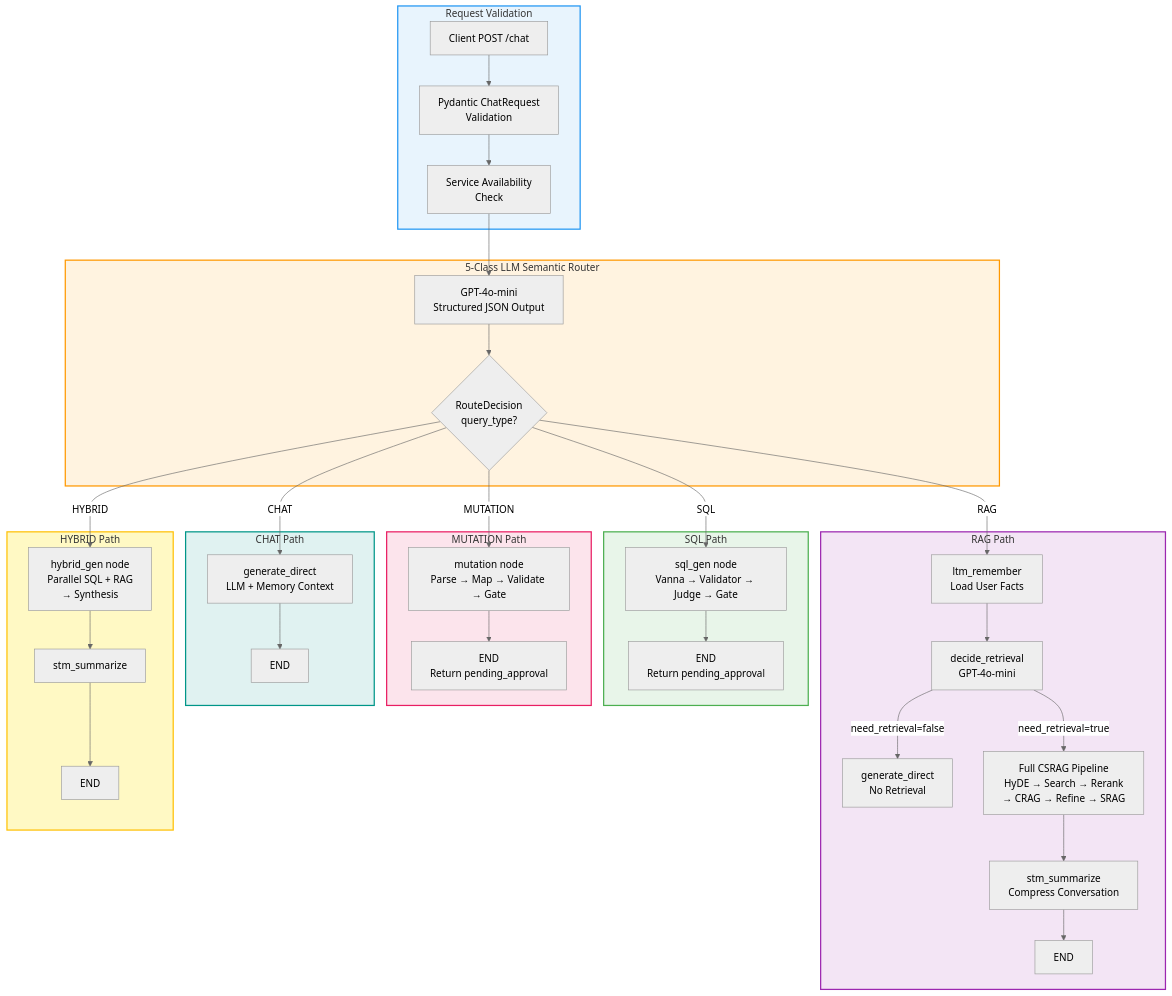
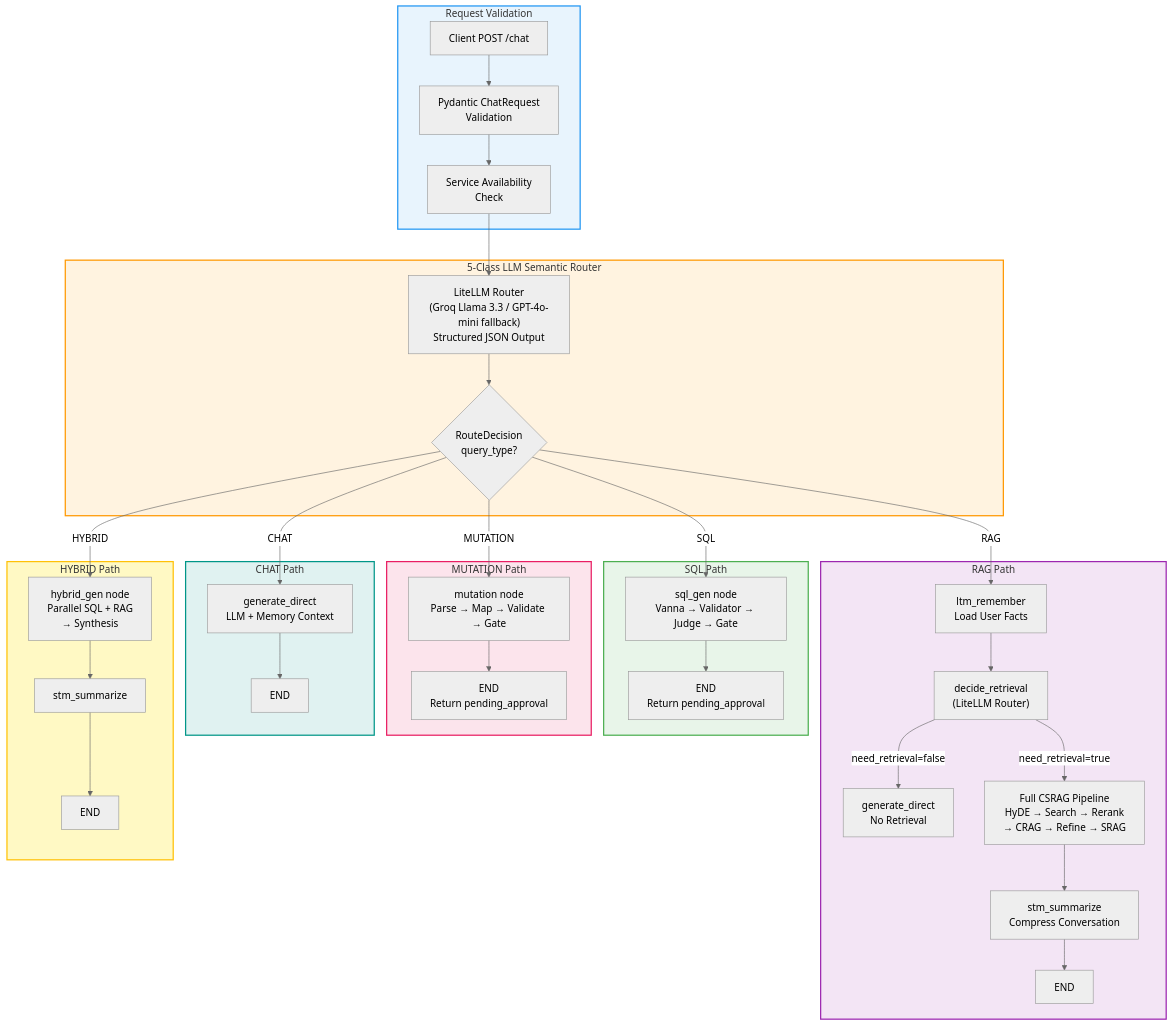
Before and after one commit to Manishekhar001/IDOP: the first of 2 diagrams in docs/design/02-unified-query-flow.md, drawn with Mermaid (neutral theme). The commit also changed other lines of this file and 17 other files, not shown here.

````diff
--- a/docs/design/02-unified-query-flow.md
+++ b/docs/design/02-unified-query-flow.md
@@ -19,62 +19,62 @@
 ```mermaid
 graph TB
     subgraph Input["Request Validation"]
         style Input fill:#e8f4fd,stroke:#2196F3,stroke-width:2px
         Client["Client POST /chat"]
         Validate["Pydantic ChatRequest<br/>Validation"]
         Check["Service Availability<br/>Check"]
     end
 
     subgraph Router["5-Class LLM Semantic Router"]
         style Router fill:#fff3e0,stroke:#FF9800,stroke-width:2px
-        Classify["GPT-4o-mini<br/>Structured JSON Output"]
+        Classify["LiteLLM Router<br/>(Groq Llama 3.3 / GPT-4o-mini fallback)<br/>Structured JSON Output"]
         Decision{"RouteDecision<br/>query_type?"}
     end
 
     subgraph PathSQL["SQL Path"]
         style PathSQL fill:#e8f5e9,stroke:#4CAF50,stroke-width:2px
         SQLGen["sql_gen node<br/>Vanna → Validator → Judge → Gate"]
         SQLEnd["END<br/>Return pending_approval"]
     end
 
     subgraph PathMut["MUTATION Path"]
         style PathMut fill:#fce4ec,stroke:#E91E63,stroke-width:2px
         Mutation["mutation node<br/>Parse → Map → Validate → Gate"]
         MutEnd["END<br/>Return pending_approval"]
     end
 
     subgraph PathRAG["RAG Path"]
         style PathRAG fill:#f3e5f5,stroke:#9C27B0,stroke-width:2px
         LTM["ltm_remember<br/>Load User Facts"]
-        Decide["decide_retrieval<br/>GPT-4o-mini"]
+        Decide["decide_retrieval<br/>(LiteLLM Router)"]
         Direct["generate_direct<br/>No Retrieval"]
         CSRAG["Full CSRAG Pipeline<br/>HyDE → Search → Rerank<br/>→ CRAG → Refine → SRAG"]
         STM["stm_summarize<br/>Compress Conversation"]
         RAGEnd["END"]
     end
 
     subgraph PathChat["CHAT Path"]
         style PathChat fill:#e0f2f1,stroke:#009688,stroke-width:2px
         ChatDirect["generate_direct<br/>LLM + Memory Context"]
         ChatEnd["END"]
     end
 
     subgraph PathHybrid["HYBRID Path"]
         style PathHybrid fill:#fff9c4,stroke:#FFC107,stroke-width:2px
         Hybrid["hybrid_gen node<br/>Parallel SQL + RAG<br/>→ Synthesis"]
         HybridSTM["stm_summarize"]
         HybridEnd["END"]
     end
 
     Client --> Validate --> Check --> Classify
     Classify --> Decision
 
     Decision -->|"SQL"| SQLGen --> SQLEnd
     Decision -->|"MUTATION"| Mutation --> MutEnd
     Decision -->|"RAG"| LTM --> Decide
     Decision -->|"CHAT"| ChatDirect --> ChatEnd
     Decision -->|"HYBRID"| Hybrid --> HybridSTM --> HybridEnd
 
     Decide -->|"need_retrieval=true"| CSRAG --> STM --> RAGEnd
     Decide -->|"need_retrieval=false"| Direct
 ```
````
